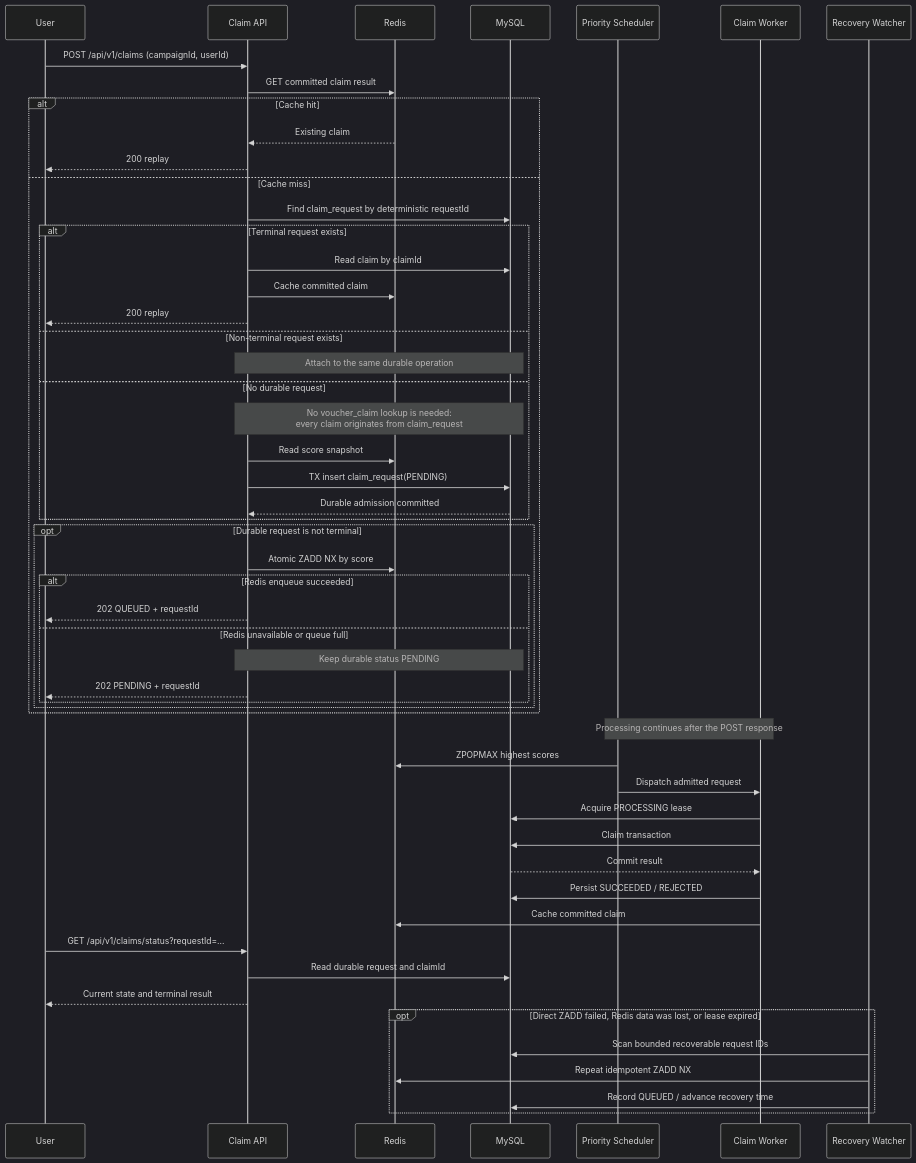
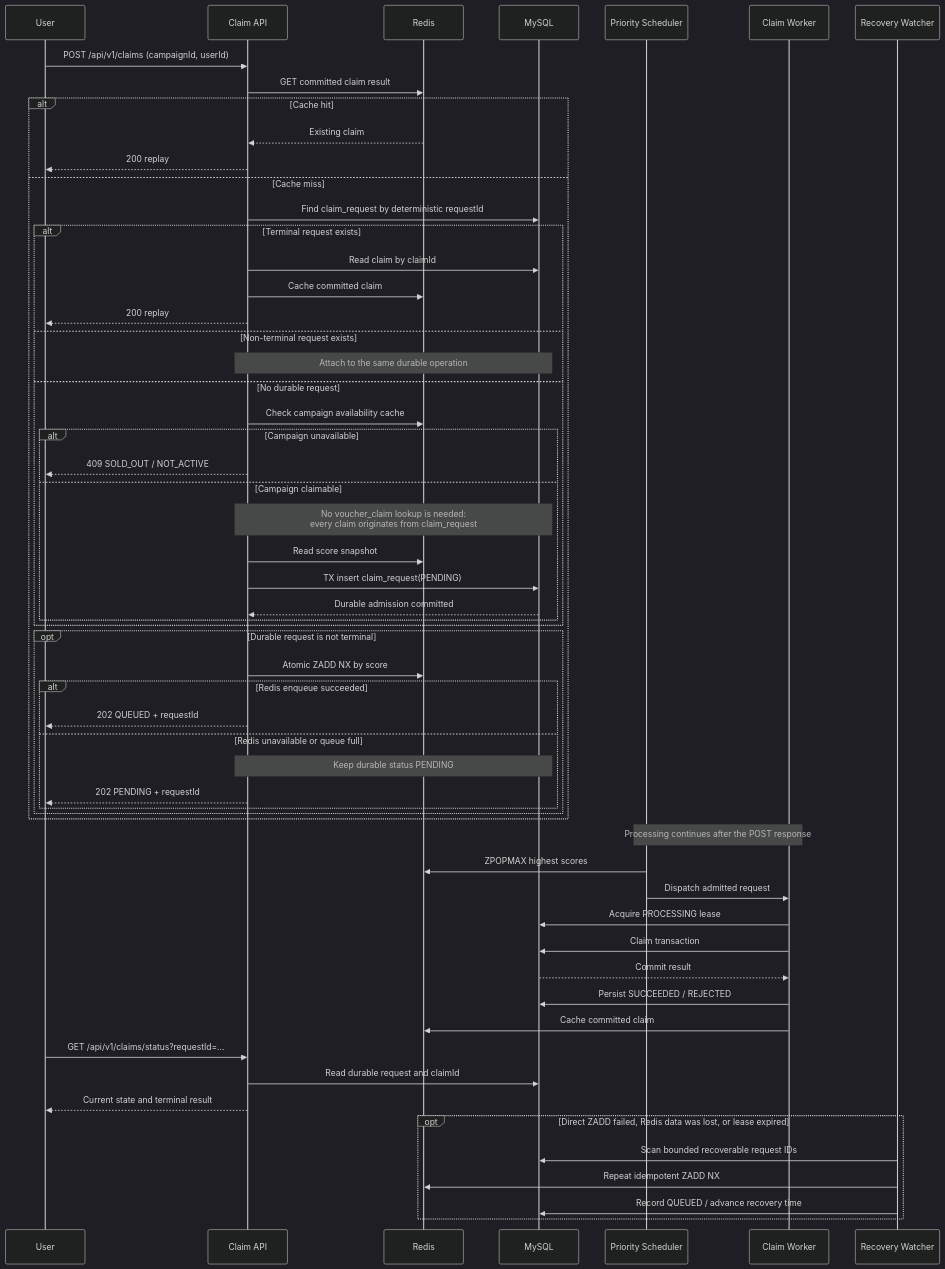
One commit to PhamDinhDuy-2508/Voucher-claim-system changed the tenth of 14 diagrams in SOLUTION.md. Above: the diagram before and after it, drawn with Mermaid (dark theme). The commit also changed 3 other files, not shown here.

````diff
--- a/SOLUTION.md
+++ b/SOLUTION.md
@@ -469,57 +469,62 @@
 ```mermaid
 sequenceDiagram
     participant U as User
     participant API as Claim API
     participant R as Redis
     participant DB as MySQL
     participant S as Priority Scheduler
     participant W as Claim Worker
     participant RW as Recovery Watcher
 
     U->>API: POST /api/v1/claims (campaignId, userId)
     API->>R: GET committed claim result
     alt Cache hit
         R-->>API: Existing claim
         API-->>U: 200 replay
     else Cache miss
         API->>DB: Find claim_request by deterministic requestId
         alt Terminal request exists
             API->>DB: Read claim by claimId
             API->>R: Cache committed claim
             API-->>U: 200 replay
         else Non-terminal request exists
             Note over API,DB: Attach to the same durable operation
         else No durable request
+            API->>R: Check campaign availability cache
+            alt Campaign unavailable
+                API-->>U: 409 SOLD_OUT / NOT_ACTIVE
+            else Campaign claimable
             Note over API,DB: No voucher_claim lookup is needed:<br/>every claim originates from claim_request
             API->>R: Read score snapshot
             API->>DB: TX insert claim_request(PENDING)
             DB-->>API: Durable admission committed
+            end
         end
         opt Durable request is not terminal
             API->>R: Atomic ZADD NX by score
             alt Redis enqueue succeeded
                 API-->>U: 202 QUEUED + requestId
             else Redis unavailable or queue full
                 Note over API,DB: Keep durable status PENDING
                 API-->>U: 202 PENDING + requestId
             end
         end
     end
 
     Note over S,W: Processing continues after the POST response
     S->>R: ZPOPMAX highest scores
     S->>W: Dispatch admitted request
     W->>DB: Acquire PROCESSING lease
     W->>DB: Claim transaction
     DB-->>W: Commit result
     W->>DB: Persist SUCCEEDED / REJECTED
     W->>R: Cache committed claim
     U->>API: GET /api/v1/claims/status?requestId=...
     API->>DB: Read durable request and claimId
     API-->>U: Current state and terminal result
     opt Direct ZADD failed, Redis data was lost, or lease expired
         RW->>DB: Scan bounded recoverable request IDs
         RW->>R: Repeat idempotent ZADD NX
         RW->>DB: Record QUEUED / advance recovery time
     end
 ```
````
